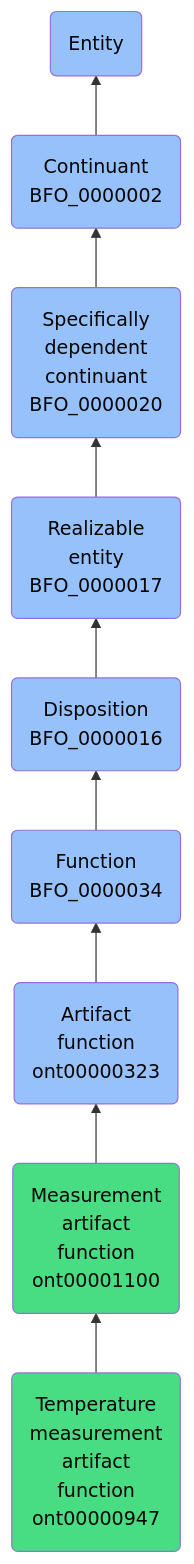
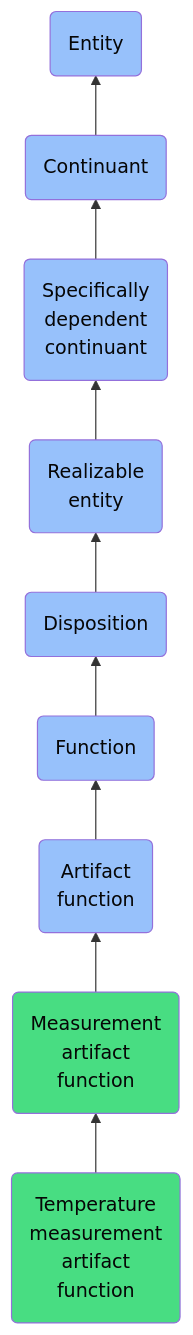
One commit to jupyter-naas/abi changed the diagram in docs/ontology/reference/model/Entity/Continuant/Specifically dependent continuant/Realizable entity/Disposition/Function/Artifact function/Measurement artifact function/Temperature measurement artifact function/Temperature measurement artifact function.md. Above: the diagram before and after it, drawn with Mermaid. The commit also changed other lines of this file and 1430 other files, not shown here.

````diff
--- a/docs/ontology/reference/model/Entity/Continuant/Specifically dependent continuant/Realizable entity/Disposition/Function/Artifact function/Measurement artifact function/Temperature measurement artifact function/Temperature measurement artifact function.md
+++ b/docs/ontology/reference/model/Entity/Continuant/Specifically dependent continuant/Realizable entity/Disposition/Function/Artifact function/Measurement artifact function/Temperature measurement artifact function/Temperature measurement artifact function.md
@@ -24,16 +24,16 @@
 ```mermaid
 graph BT
-    ont00000947(Temperature<br>measurement<br>artifact<br>function<br>ont00000947):::ABI-->ont00001100
-    ont00001100(Measurement<br>artifact<br>function<br>ont00001100):::ABI-->ont00000323
-    ont00000323(Artifact<br>function<br>ont00000323):::BFO-->BFO_0000034
-    BFO_0000034(Function<br>BFO_0000034):::BFO-->BFO_0000016
-    BFO_0000016(Disposition<br>BFO_0000016):::BFO-->BFO_0000017
-    BFO_0000017(Realizable<br>entity<br>BFO_0000017):::BFO-->BFO_0000020
-    BFO_0000020(Specifically<br>dependent<br>continuant<br>BFO_0000020):::BFO-->BFO_0000002
-    BFO_0000002(Continuant<br>BFO_0000002):::BFO-->BFO_0000001
+    ont00000947(Temperature<br>measurement<br>artifact<br>function):::ABI-->ont00001100
+    ont00001100(Measurement<br>artifact<br>function):::ABI-->ont00000323
+    ont00000323(Artifact<br>function):::BFO-->BFO_0000034
+    BFO_0000034(Function):::BFO-->BFO_0000016
+    BFO_0000016(Disposition):::BFO-->BFO_0000017
+    BFO_0000017(Realizable<br>entity):::BFO-->BFO_0000020
+    BFO_0000020(Specifically<br>dependent<br>continuant):::BFO-->BFO_0000002
+    BFO_0000002(Continuant):::BFO-->BFO_0000001
     BFO_0000001(Entity):::BFO
     
     classDef BFO fill:#97c1fb,color:#060606
     classDef CCO fill:#e4c51e,color:#060606
     classDef ABI fill:#48DD82,color:#060606
 ```
````
